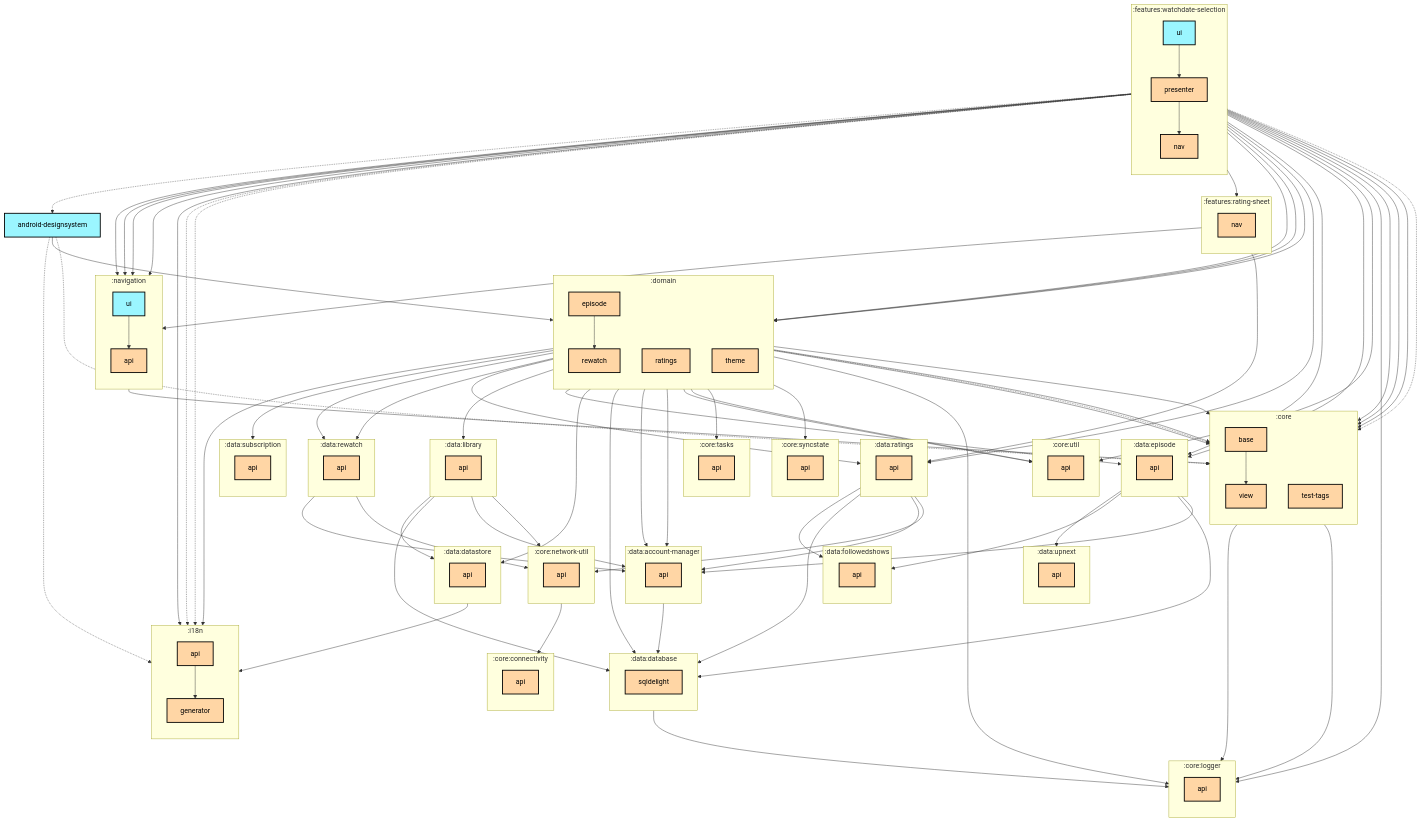
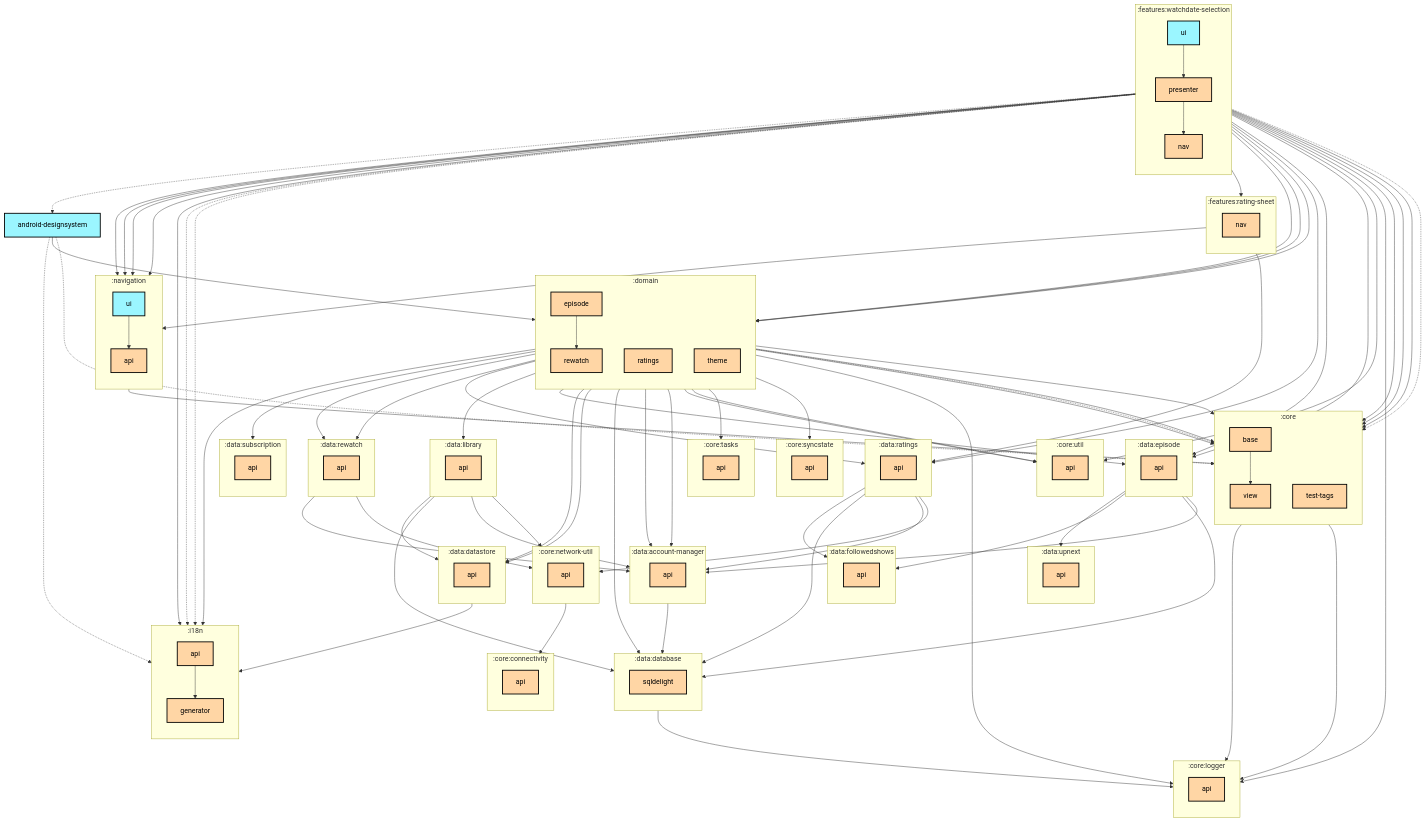
One commit to thomaskioko/tv-maniac changed the first of 2 diagrams in features/watchdate-selection/ui/README.md. Above: the diagram before and after it, drawn with Mermaid. The commit also changed 70 other files, not shown here.

```diff
--- a/features/watchdate-selection/ui/README.md
+++ b/features/watchdate-selection/ui/README.md
@@ -136,6 +136,7 @@
   :domain:episode -.-> :core:view
   :domain:episode --> :data:account-manager:api
   :domain:episode --> :data:database:sqldelight
+  :domain:episode --> :data:datastore:api
   :domain:episode --> :data:episode:api
   :domain:episode --> :data:library:api
   :domain:episode --> :data:rewatch:api
```
